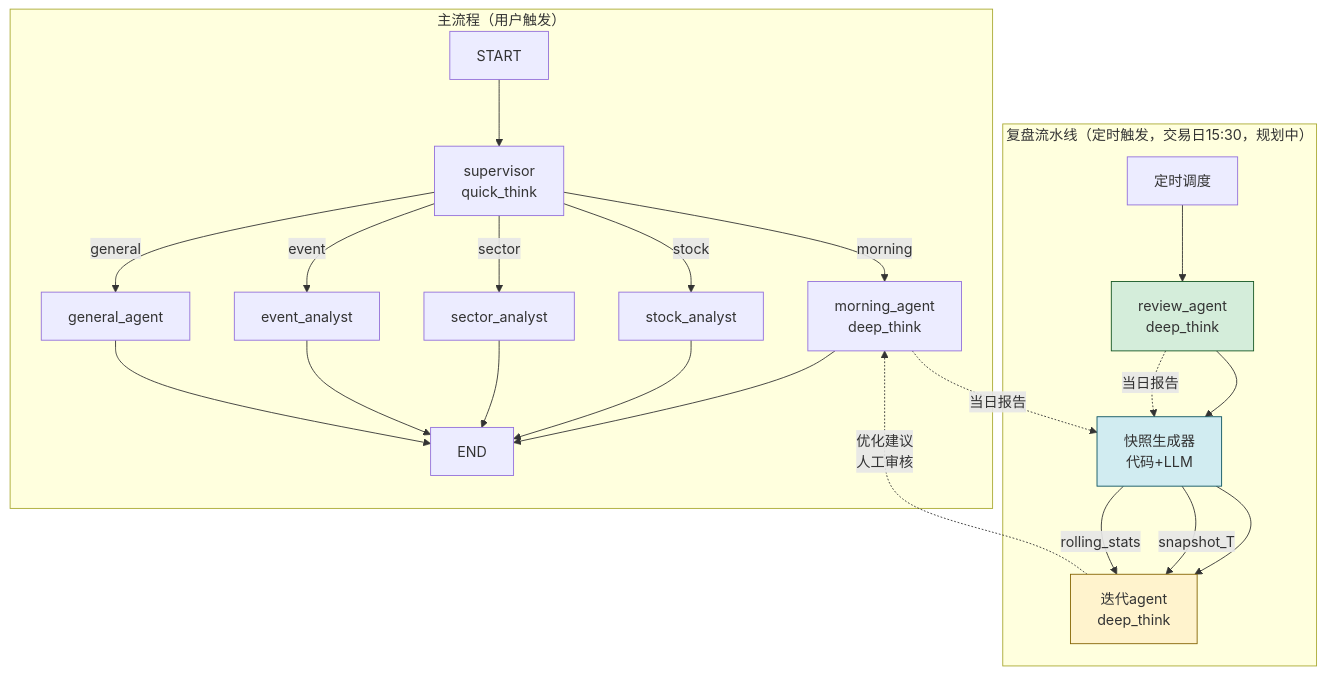
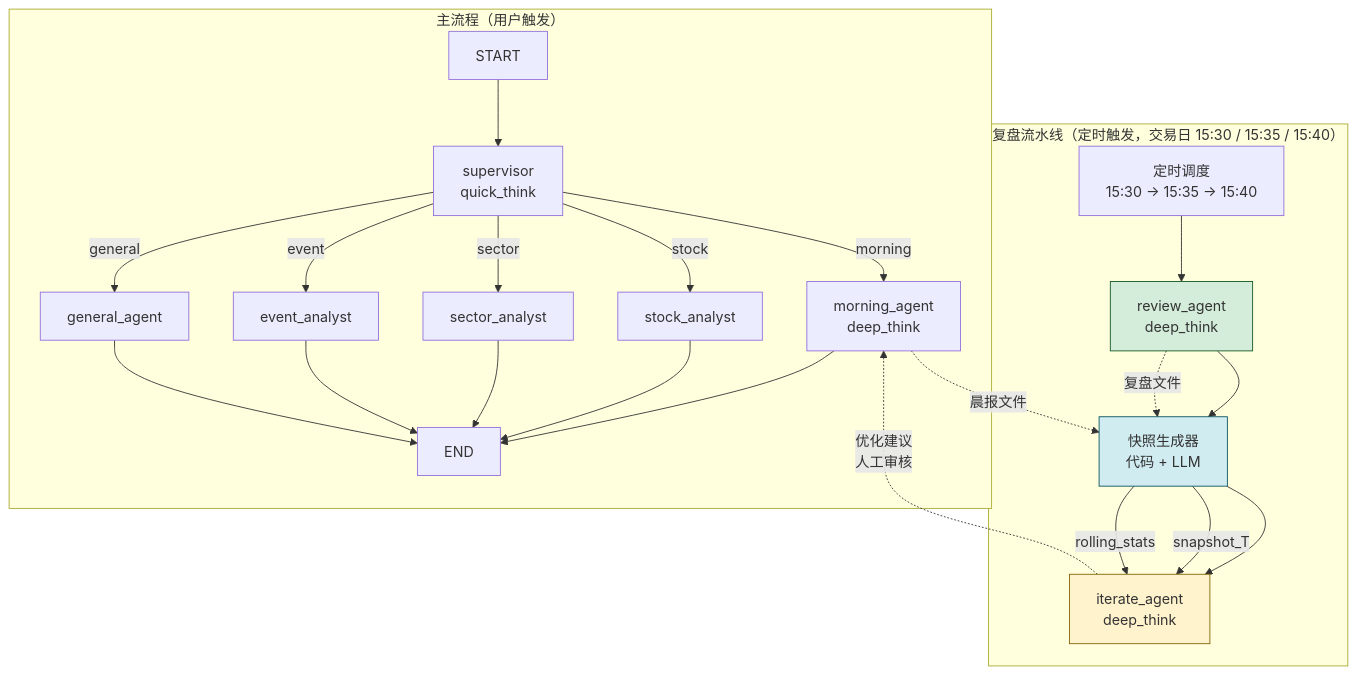
Before and after one commit to NanyuDeer/aistock-agent-py: the diagram in README.md, drawn with Mermaid. The commit also changed other lines of this file and 1 other file, not shown here.

Commit message:
docs: update README and AGENT_STANDARDS with review/iterate agents and snapshot builder

````diff
--- a/README.md
+++ b/README.md
@@ -70,33 +74,33 @@
 ```mermaid
 graph TB
     subgraph 主流程["主流程（用户触发）"]
         S[START] --> SUP[supervisor<br/>quick_think]
         SUP -->|morning| M[morning_agent<br/>deep_think]
         SUP -->|stock| ST[stock_analyst]
         SUP -->|sector| SE[sector_analyst]
         SUP -->|event| EV[event_analyst]
         SUP -->|general| GE[general_agent]
         M --> E1[END]
         ST --> E1
         SE --> E1
         EV --> E1
         GE --> E1
     end
 
-    subgraph 复盘流水线["复盘流水线（定时触发，交易日15:30，规划中）"]
-        T[定时调度] --> RV[review_agent<br/>deep_think]
-        RV --> SB[快照生成器<br/>代码+LLM]
-        SB --> IA[迭代agent<br/>deep_think]
+    subgraph 复盘流水线["复盘流水线（定时触发，交易日 15:30 / 15:35 / 15:40）"]
+        T["定时调度<br/>15:30 → 15:35 → 15:40"] --> RV[review_agent<br/>deep_think]
+        RV --> SB[快照生成器<br/>代码 + LLM]
+        SB --> IA[iterate_agent<br/>deep_think]
     end
 
-    M -.->|当日报告| SB
-    RV -.->|当日报告| SB
+    M -.->|晨报文件| SB
+    RV -.->|复盘文件| SB
     SB -->|snapshot_T| IA
     SB -->|rolling_stats| IA
 
     IA -.->|优化建议<br/>人工审核| M
 
     style IA fill:#fff3cd,stroke:#856404
     style SB fill:#d1ecf1,stroke:#0c5460
     style RV fill:#d4edda,stroke:#155724
 ```
````
